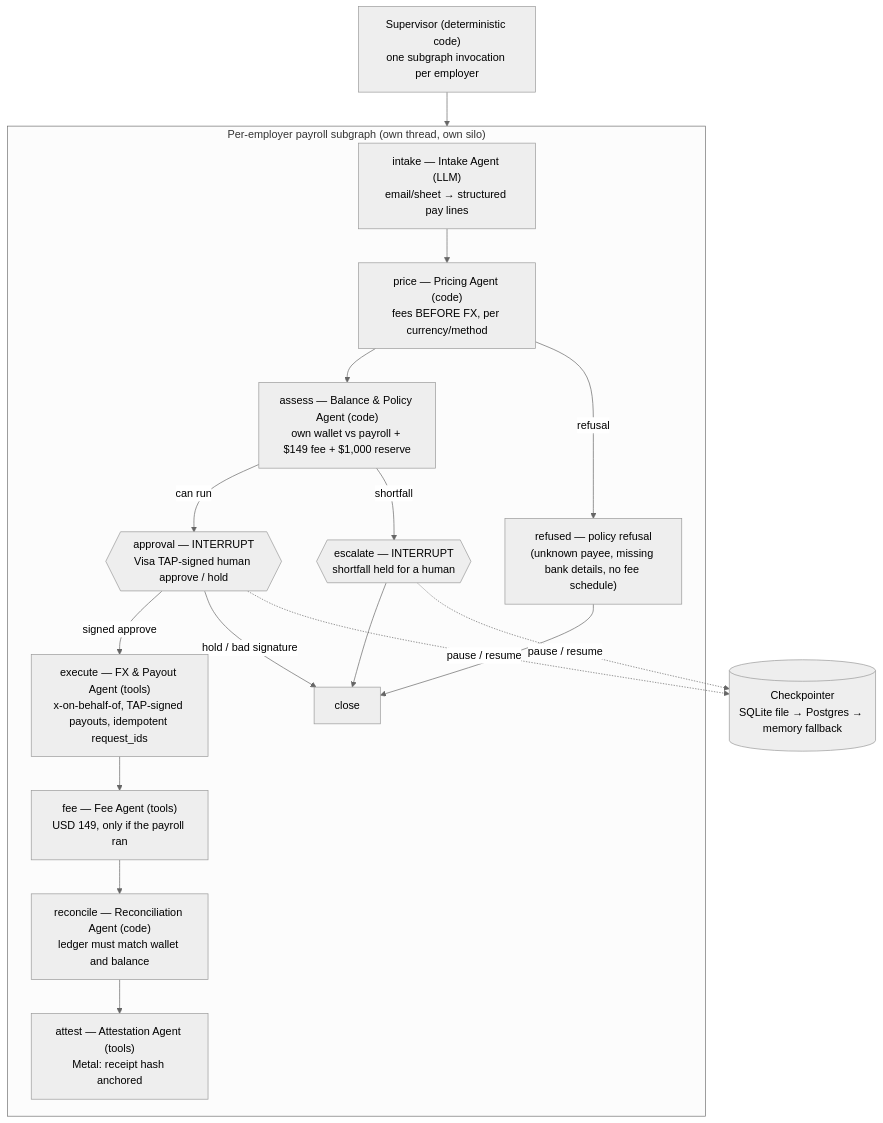
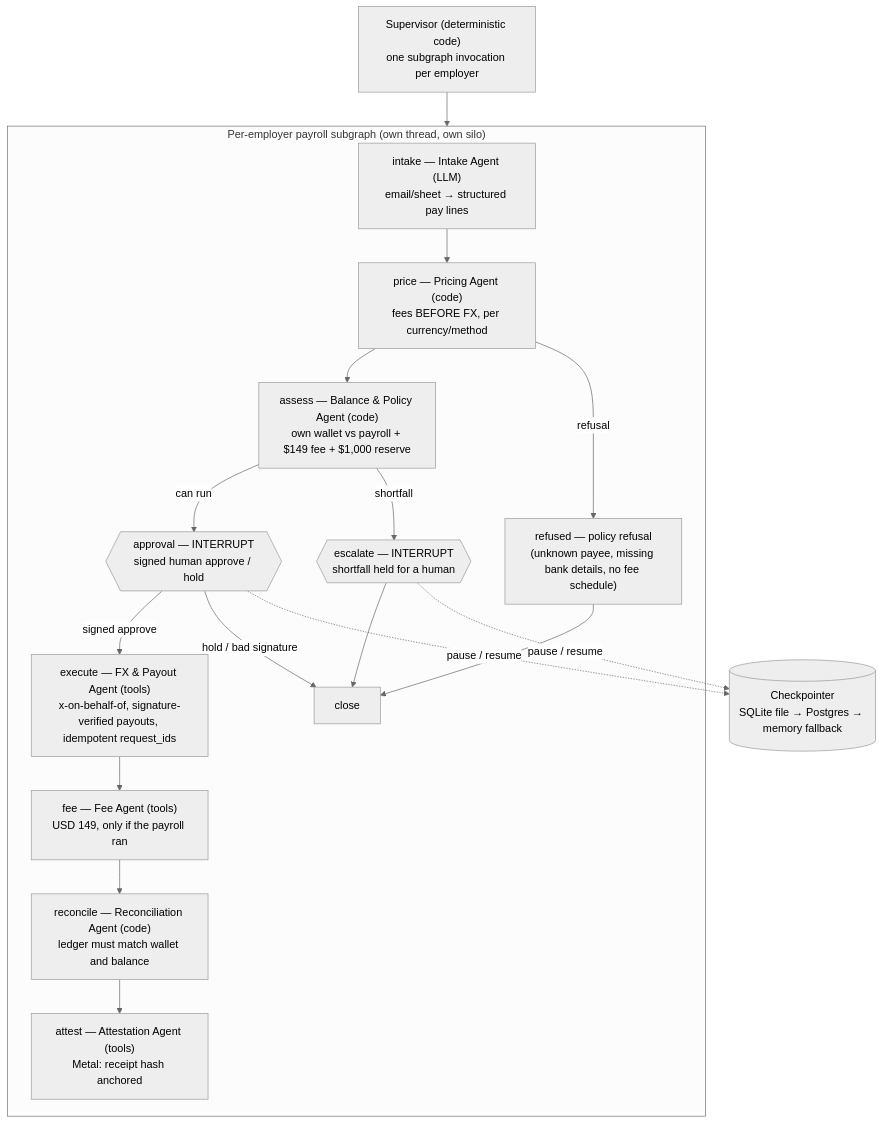
Before and after one commit to BEASTSHRIRAM/PaySilo: the second of 2 diagrams in README.md, drawn with Mermaid (neutral theme). The commit also changed other lines of this file and 34 other files, not shown here.

Commit message:
Silo Benefits on latest main: employer-funded benefits via Visa VIC (Airi) — budgets, approval snapshots, SIMULATED mode, Silo chat propose tool

````diff
--- a/README.md
+++ b/README.md
@@ -90,29 +90,29 @@
 ```mermaid
 flowchart TD
     SUP["Supervisor (deterministic code)<br/>one subgraph invocation per employer"]
     subgraph SG["Per-employer payroll subgraph (own thread, own silo)"]
         INTAKE["intake — Intake Agent (LLM)<br/>email/sheet → structured pay lines"]
         PRICE["price — Pricing Agent (code)<br/>fees BEFORE FX, per currency/method"]
         ASSESS["assess — Balance & Policy Agent (code)<br/>own wallet vs payroll + $149 fee + $1,000 reserve"]
-        APPR{{"approval — INTERRUPT<br/>Visa TAP-signed human approve / hold"}}
+        APPR{{"approval — INTERRUPT<br/>signed human approve / hold"}}
         ESC{{"escalate — INTERRUPT<br/>shortfall held for a human"}}
         REF["refused — policy refusal<br/>(unknown payee, missing bank details, no fee schedule)"]
-        EXEC["execute — FX & Payout Agent (tools)<br/>x-on-behalf-of, TAP-signed payouts, idempotent request_ids"]
+        EXEC["execute — FX & Payout Agent (tools)<br/>x-on-behalf-of, signature-verified payouts, idempotent request_ids"]
         FEE["fee — Fee Agent (tools)<br/>USD 149, only if the payroll ran"]
         REC["reconcile — Reconciliation Agent (code)<br/>ledger must match wallet and balance"]
         ATT["attest — Attestation Agent (tools)<br/>Metal: receipt hash anchored"]
         CLOSE["close"]
         INTAKE --> PRICE --> ASSESS
         ASSESS -->|can run| APPR
         ASSESS -->|shortfall| ESC
         PRICE -->|refusal| REF
         APPR -->|signed approve| EXEC --> FEE --> REC --> ATT
         APPR -->|hold / bad signature| CLOSE
         ESC --> CLOSE
         REF --> CLOSE
     end
     CKPT[("Checkpointer<br/>SQLite file → Postgres → memory fallback")]
     SUP --> SG
     APPR -.->|pause / resume| CKPT
     ESC -.->|pause / resume| CKPT
 ```
````
